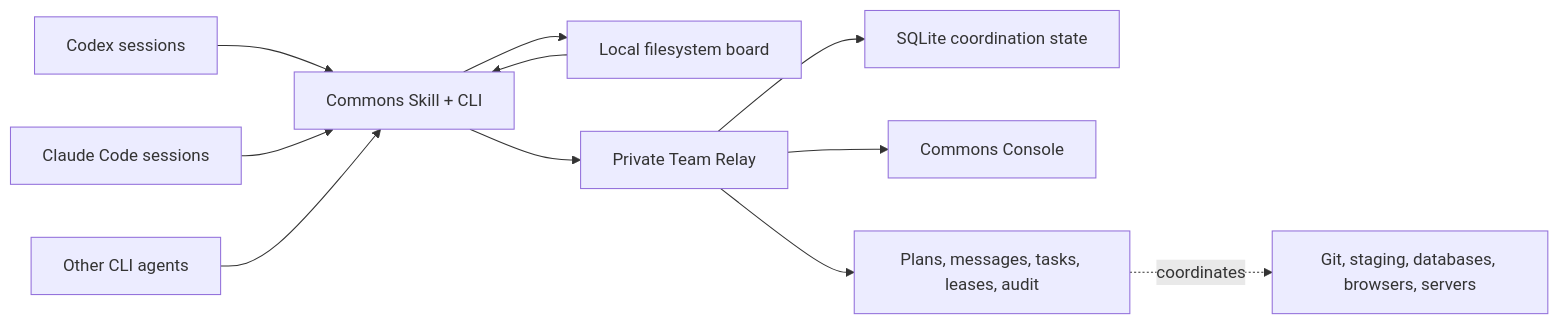
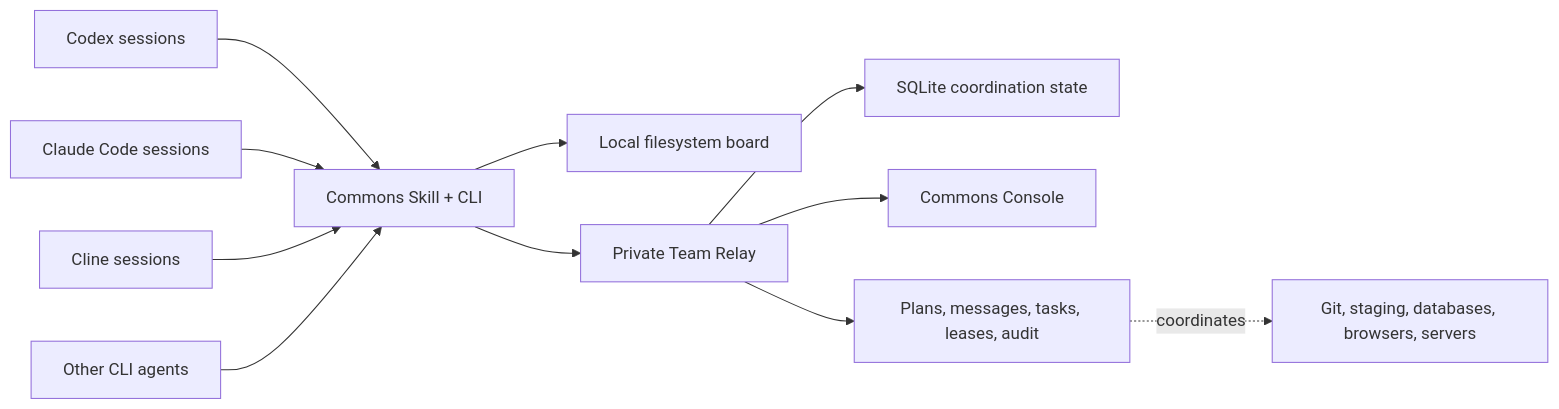
Before and after one commit to t54-labs/agent-commons: the diagram in README.md, drawn with Mermaid. The commit also changed other lines of this file and 14 other files, not shown here.

````diff
--- a/README.md
+++ b/README.md
@@ -199,13 +208,13 @@
 ```mermaid
 flowchart LR
     C["Codex sessions"] --> S["Commons Skill + CLI"]
     A["Claude Code sessions"] --> S
-    L["Cline sessions"] --> S
+    CL["Cline sessions"] --> S
     O["Other CLI agents"] --> S
-    S --> L["Local filesystem board"]
+    S --> LB["Local filesystem board"]
     S --> R["Private Team Relay"]
     R --> D["SQLite coordination state"]
     R --> U["Commons Console"]
     R --> X["Plans, messages, tasks, leases, audit"]
     X -. "coordinates" .-> E["Git, staging, databases, browsers, servers"]
 ```
````
